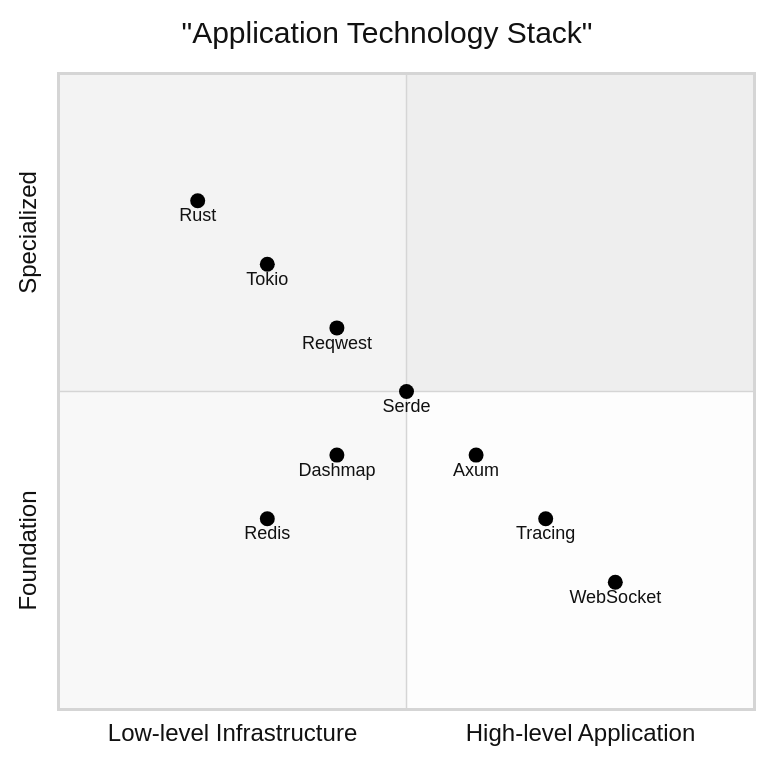
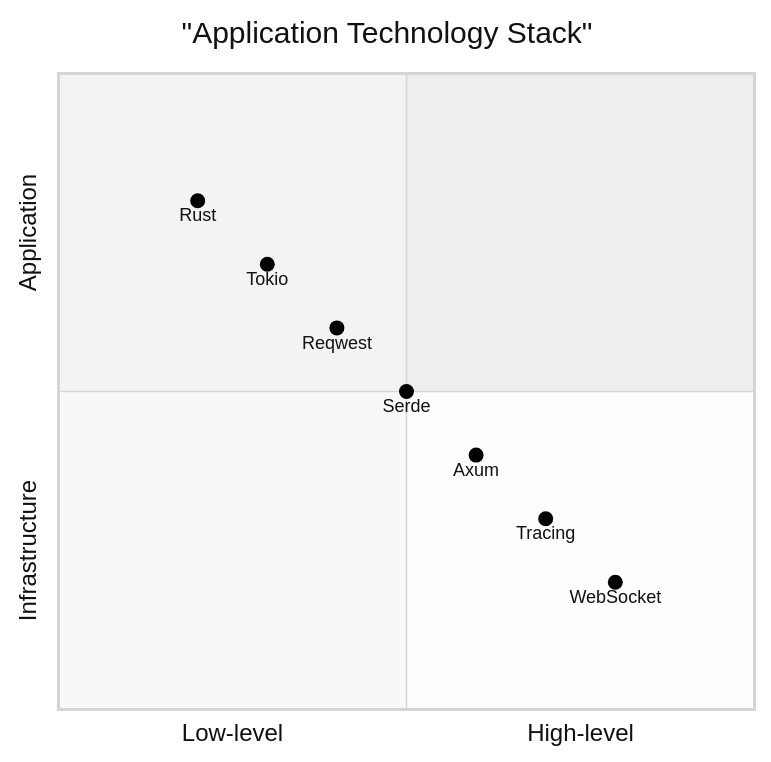
Before and after one commit to mkbeh/arb-bot-rs: the sixth of 6 diagrams in README.md, drawn with Mermaid (neutral theme).

````diff
--- a/README.md
+++ b/README.md
@@ -238,15 +238,13 @@
 ```mermaid
 quadrantChart
     title "Application Technology Stack"
-    x-axis "Low-level Infrastructure" --> "High-level Application"
-    y-axis "Foundation" --> "Specialized"
+    x-axis "Low-level" --> "High-level"
+    y-axis "Infrastructure" --> "Application"
     "Rust": [0.2, 0.8]
     "Tokio": [0.3, 0.7]
     "Reqwest": [0.4, 0.6]
     "Serde": [0.5, 0.5]
     "Axum": [0.6, 0.4]
     "Tracing": [0.7, 0.3]
     "WebSocket": [0.8, 0.2]
-    "Dashmap": [0.4, 0.4]
-    "Redis": [0.3, 0.3]
 ```
````
